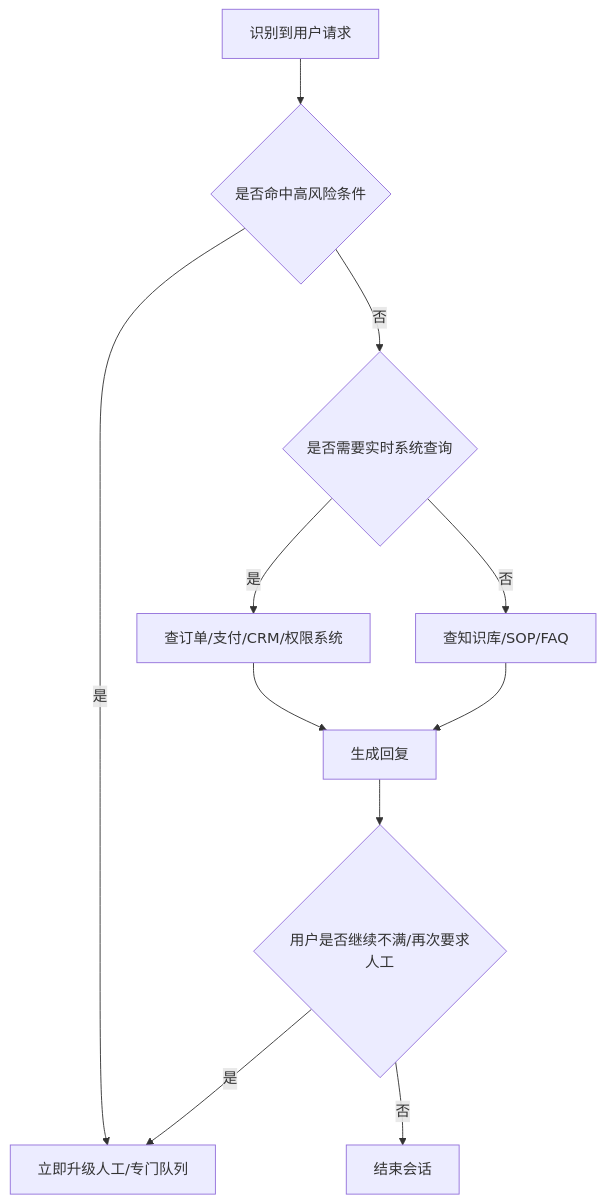
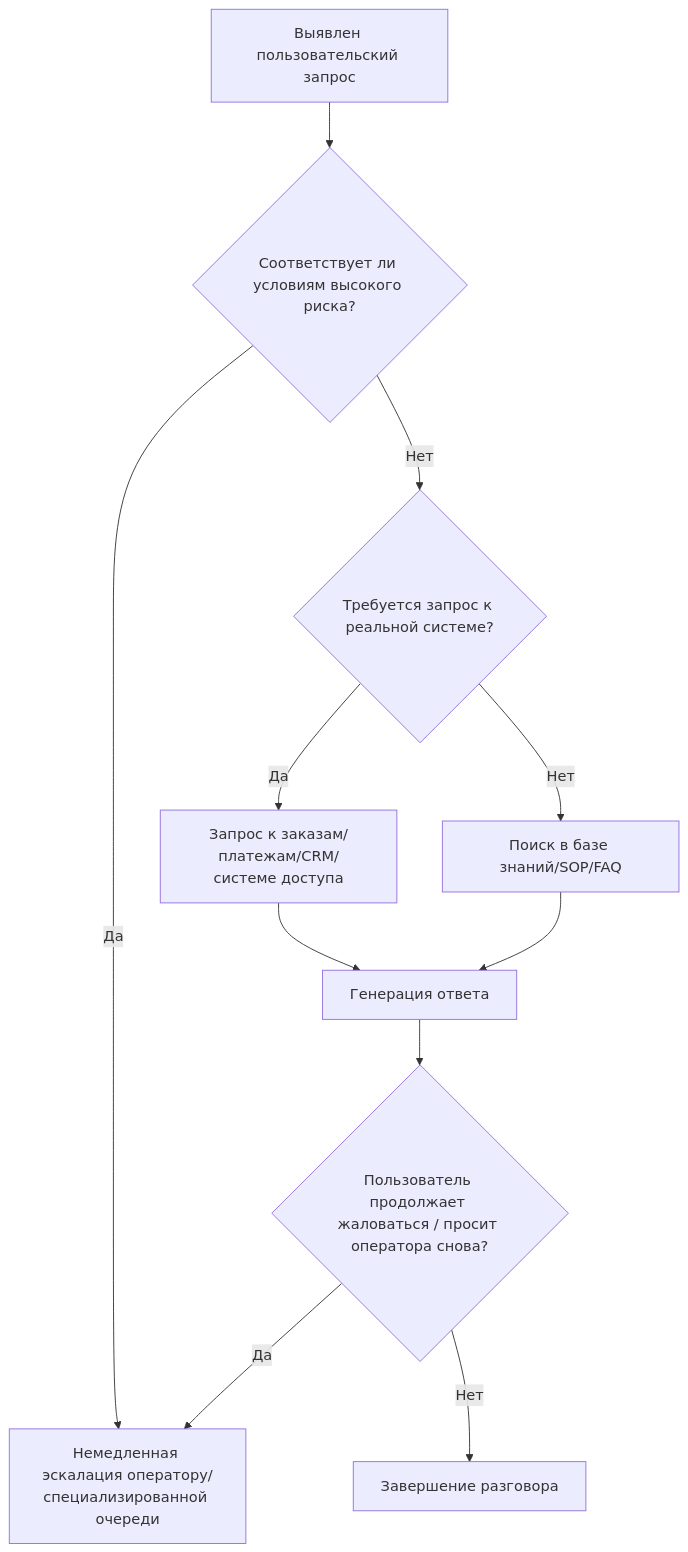
The second of 2 diagrams in lesson-originals-ru/stage-3/ai-advanced/langgraph-advanced-rag.md (funkykesha/vibe), drawn with Mermaid before and after one commit. The commit also changed other lines of this file and 138 other files, not shown here.

````diff
--- a/lesson-originals-ru/stage-3/ai-advanced/langgraph-advanced-rag.md
+++ b/lesson-originals-ru/stage-3/ai-advanced/langgraph-advanced-rag.md
@@ -174,13 +175,13 @@
 ```mermaid
 flowchart TD
-    A["识别到用户请求"] --> B{"是否命中高风险条件"}
-    B -- 是 --> C["立即升级人工/专门队列"]
-    B -- 否 --> D{"是否需要实时系统查询"}
-    D -- 是 --> E["查订单/支付/CRM/权限系统"]
-    D -- 否 --> F["查知识库/SOP/FAQ"]
-    E --> G["生成回复"]
+    A["Выявлен пользовательский запрос"] --> B{"Соответствует ли условиям высокого риска?"}
+    B -- Да --> C["Немедленная эскалация оператору/специализированной очереди"]
+    B -- Нет --> D{"Требуется запрос к реальной системе?"}
+    D -- Да --> E["Запрос к заказам/платежам/CRM/системе доступа"]
+    D -- Нет --> F["Поиск в базе знаний/SOP/FAQ"]
+    E --> G["Генерация ответа"]
     F --> G
-    G --> H{"用户是否继续不满/再次要求人工"}
-    H -- 是 --> C
-    H -- 否 --> I["结束会话"]
+    G --> H{"Пользователь продолжает жаловаться / просит оператора снова?"}
+    H -- Да --> C
+    H -- Нет --> I["Завершение разговора"]
 ```
````
